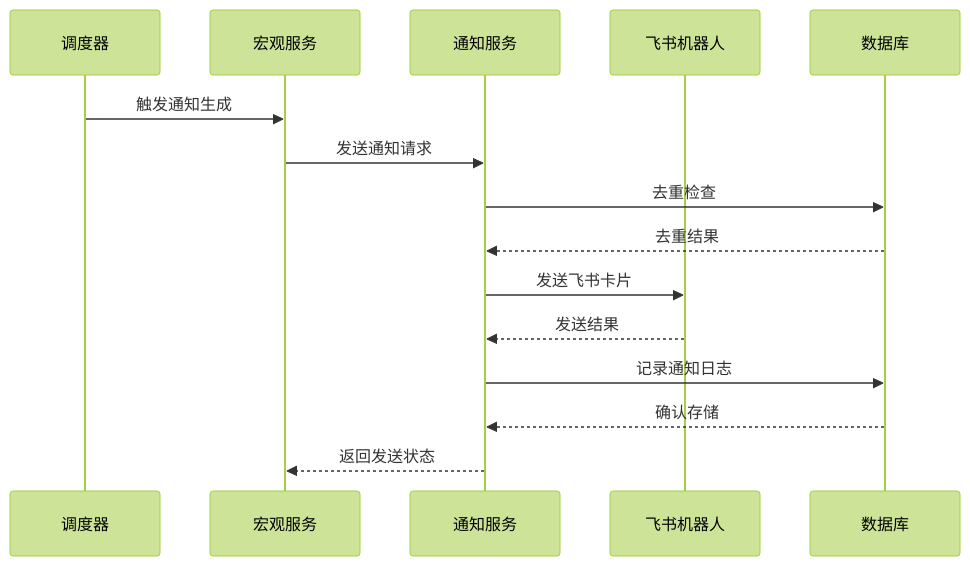
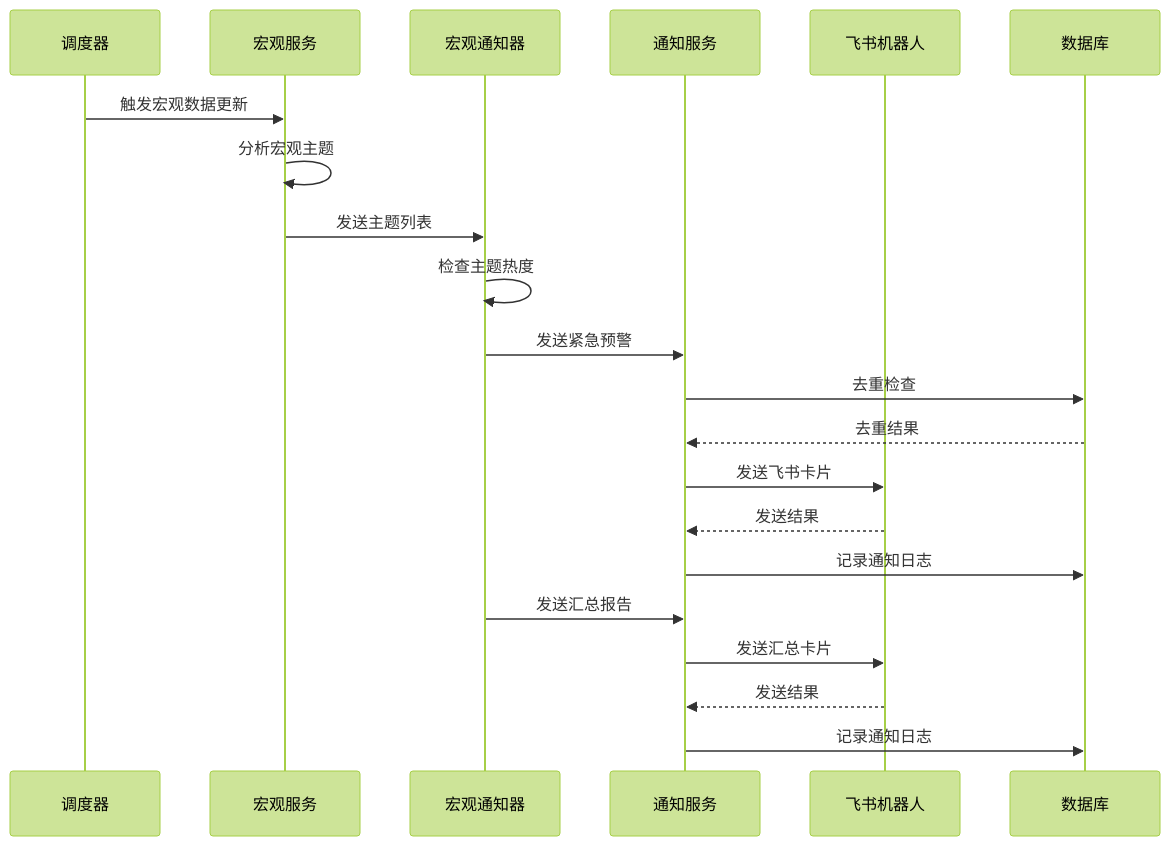
One commit to breeze-lyf/ai-stock-advisor changed the second of 6 diagrams in .qoder/repowiki/zh/content/Old Notification System.md. Above: the diagram before and after it, drawn with Mermaid (forest theme). The commit also changed other lines of this file and 43 other files, not shown here.

````diff
--- a/.qoder/repowiki/zh/content/Old Notification System.md
+++ b/.qoder/repowiki/zh/content/Old Notification System.md
@@ -107,17 +132,23 @@
 ```mermaid
 sequenceDiagram
 participant Scheduler as 调度器
 participant MacroService as 宏观服务
+participant MacroNotifier as 宏观通知器
 participant NotificationService as 通知服务
 participant FeishuBot as 飞书机器人
 participant Database as 数据库
-Scheduler->>MacroService : 触发通知生成
-MacroService->>NotificationService : 发送通知请求
+Scheduler->>MacroService : 触发宏观数据更新
+MacroService->>MacroService : 分析宏观主题
+MacroService->>MacroNotifier : 发送主题列表
+MacroNotifier->>MacroNotifier : 检查主题热度
+MacroNotifier->>NotificationService : 发送紧急预警
 NotificationService->>Database : 去重检查
 Database-->>NotificationService : 去重结果
 NotificationService->>FeishuBot : 发送飞书卡片
 FeishuBot-->>NotificationService : 发送结果
 NotificationService->>Database : 记录通知日志
-Database-->>NotificationService : 确认存储
-NotificationService-->>MacroService : 返回发送状态
+MacroNotifier->>NotificationService : 发送汇总报告
+NotificationService->>FeishuBot : 发送汇总卡片
+FeishuBot-->>NotificationService : 发送结果
+NotificationService->>Database : 记录通知日志
 ```
````
